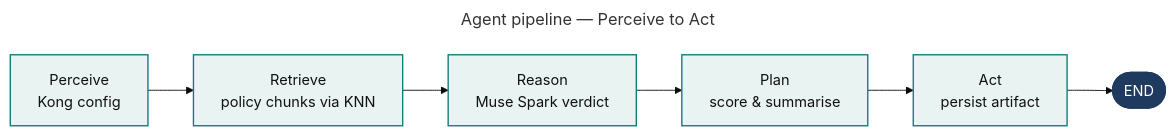
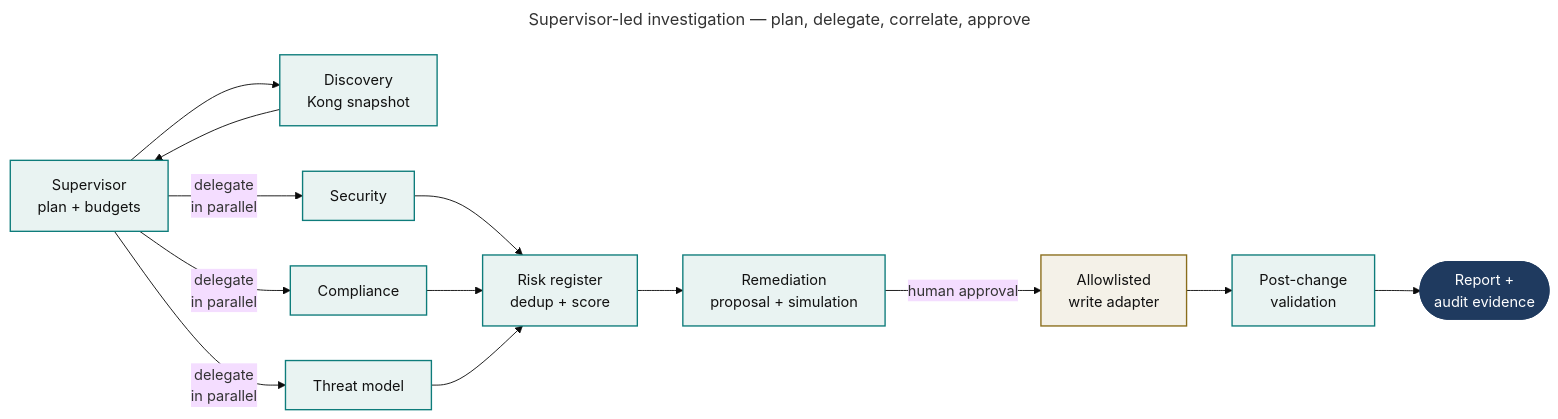
Before and after one commit to SachinGhumbre/enterprise-api-security-auditor-agents: the fifth of 5 diagrams in README.md, drawn with Mermaid (base theme). The commit also changed other lines of this file and 94 other files, not shown here.

First line of the commit message:
Enterprise multi-agent auditor: supervisor-led team, hardening, dashboards

````diff
--- a/README.md
+++ b/README.md
@@ -369,16 +374,23 @@
 ```mermaid
 ---
-title: Agent pipeline — Perceive to Act
+title: Supervisor-led investigation — plan, delegate, correlate, approve
 ---
 flowchart LR
-    P[Perceive<br/>Kong config] --> RE[Retrieve<br/>policy chunks via KNN]
-    RE --> RA["Reason<br/>Muse Spark verdict"]
-    RA --> PL[Plan<br/>score & summarise]
-    PL --> AC[Act<br/>persist artifact]
-    AC --> E([END])
+    S[Supervisor<br/>plan + budgets] --> DS[Discovery<br/>Kong snapshot]
+    DS --> S
+    S -->|"delegate<br/>in parallel"| SEC[Security]
+    S -->|"delegate<br/>in parallel"| CMP[Compliance]
+    S -->|"delegate<br/>in parallel"| THR[Threat model]
+    SEC & CMP & THR --> RI[Risk register<br/>dedup + score]
+    RI --> RP["Remediation<br/>proposal + simulation"]
+    RP -->|"human approval"| X["Allowlisted<br/>write adapter"]
+    X --> V["Post-change<br/>validation"]
+    V --> E([Report +<br/>audit evidence])
 
     classDef step fill:#E9F3F2,stroke:#0E7C7B,stroke-width:1.5px,color:#111;
+    classDef gate fill:#F4F1E8,stroke:#8A6D1B,stroke-width:1.5px,color:#111;
     classDef done fill:#1F3A5F,stroke:#1F3A5F,stroke-width:1.5px,color:#fff;
-    class P,RE,RA,PL,AC step;
+    class S,DS,SEC,CMP,THR,RI,RP,V step;
+    class X gate;
     class E done;
 ```
````
